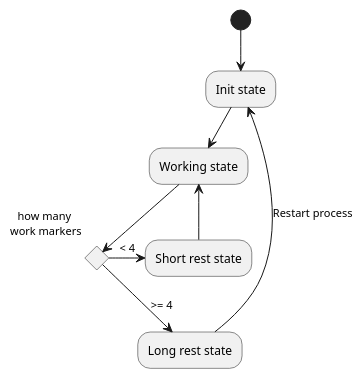
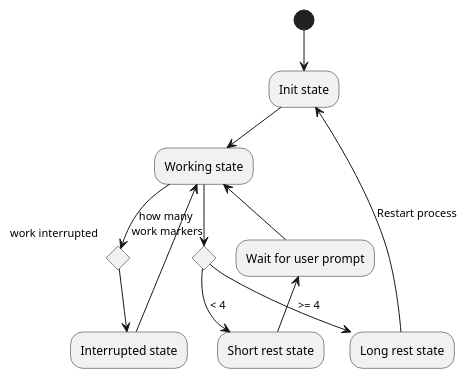
Before and after one commit to BartoszCoyote/GoPomodoro: the diagram in docs/state-machine.puml, drawn with PlantUML. The commit also changed 4 other files, not shown here.

Commit message:
updated state flow chart

```diff
--- a/docs/state-machine.puml
+++ b/docs/state-machine.puml
@@ -1,13 +1,18 @@
 @startuml
 (*) -down-> "Init state"
 -down-> Working state
 
+if "work interrupted" then
+  -down-> Interrupted state
+  -up-> Working state
+endif
+
 if "how many \nwork markers" then
   -right->[< 4] "Short rest state"
+  -up-> Wait for user prompt
   -up-> Working state
 else
   -down->[>= 4] "Long rest state"
   -up->[Restart process] "Init state"
 endif
-
 @enduml
```
